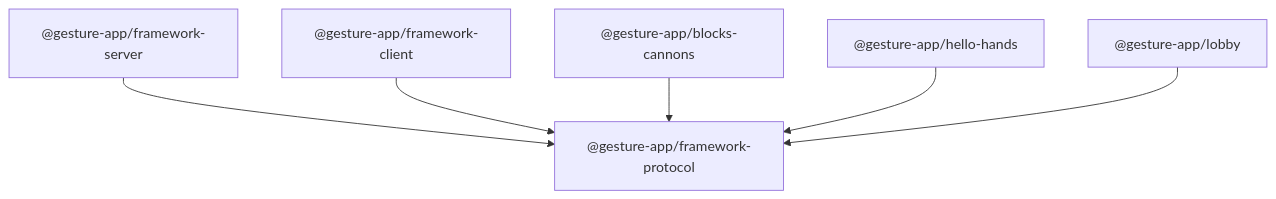
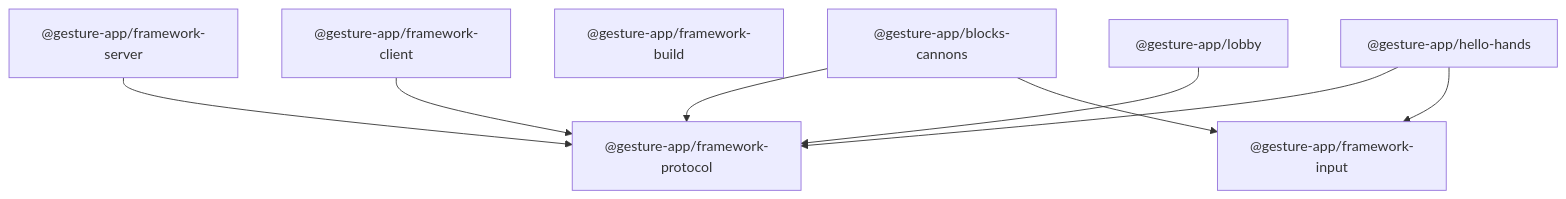
The diagram in .cursor/rules/project-structure.mdc (manuelkiessling/hands-blocks-cannons), drawn with Mermaid before and after one commit. The commit also changed other lines of this file and 39 other files, not shown here.

````diff
--- a/.cursor/rules/project-structure.mdc
+++ b/.cursor/rules/project-structure.mdc
@@ -46,15 +48,19 @@
 ```mermaid
 graph TD
     Protocol["@gesture-app/framework-protocol"]
     Server["@gesture-app/framework-server"]
     Client["@gesture-app/framework-client"]
+    Input["@gesture-app/framework-input"]
+    Build["@gesture-app/framework-build"]
     App1["@gesture-app/blocks-cannons"]
     App2["@gesture-app/hello-hands"]
     Lobby["@gesture-app/lobby"]
 
     Server --> Protocol
     Client --> Protocol
     App1 --> Protocol
+    App1 --> Input
     App2 --> Protocol
+    App2 --> Input
     Lobby --> Protocol
 ```
````
